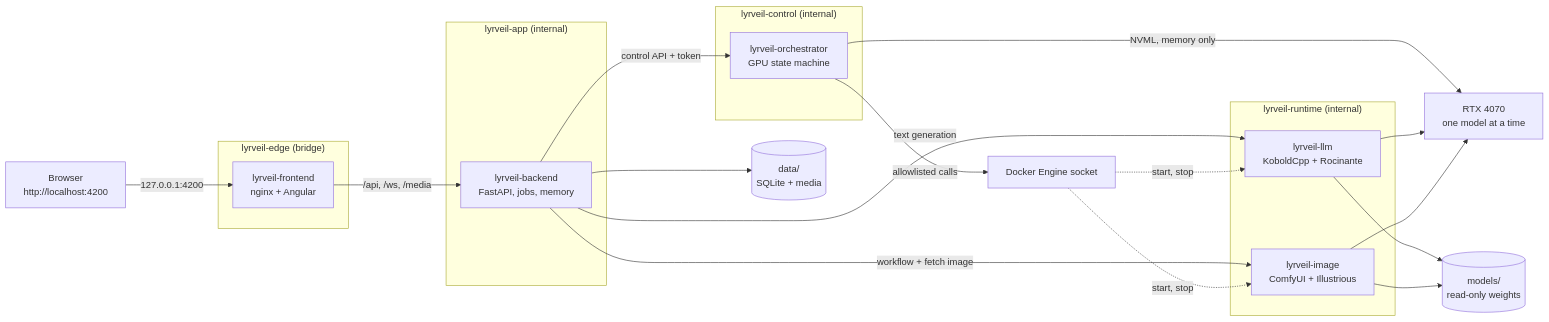
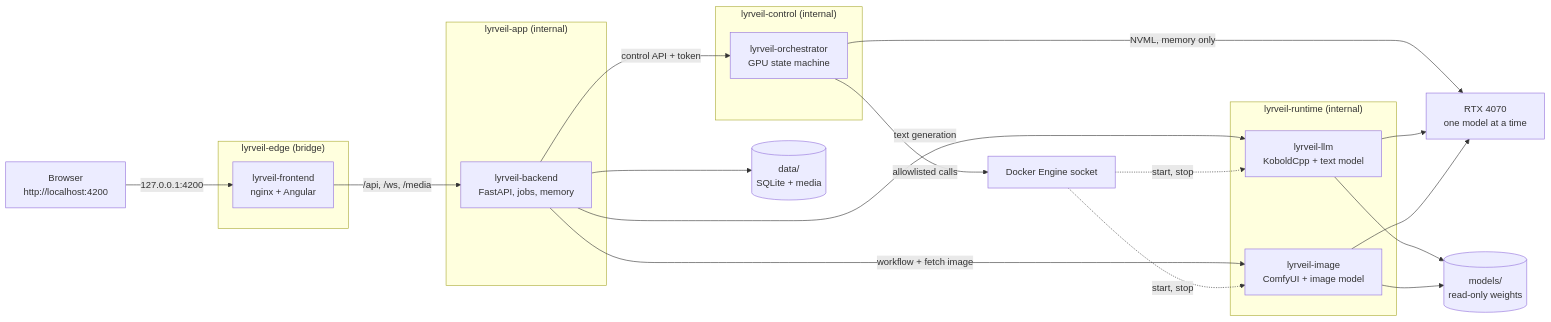
The first of 3 diagrams in docs/architecture.md (AjimuZ/Lyrveil), drawn with Mermaid before and after one commit. The commit also changed other lines of this file and 33 other files, not shown here.

````diff
--- a/docs/architecture.md
+++ b/docs/architecture.md
@@ -11,41 +11,41 @@
 ```mermaid
 flowchart LR
   browser["Browser<br/>http://localhost:4200"]
 
   subgraph edge["lyrveil-edge (bridge)"]
     fe["lyrveil-frontend<br/>nginx + Angular"]
   end
 
   subgraph app["lyrveil-app (internal)"]
     be["lyrveil-backend<br/>FastAPI, jobs, memory"]
   end
 
   subgraph control["lyrveil-control (internal)"]
     orch["lyrveil-orchestrator<br/>GPU state machine"]
   end
 
   subgraph runtime["lyrveil-runtime (internal)"]
-    llm["lyrveil-llm<br/>KoboldCpp + Rocinante"]
-    img["lyrveil-image<br/>ComfyUI + Illustrious"]
+    llm["lyrveil-llm<br/>KoboldCpp + text model"]
+    img["lyrveil-image<br/>ComfyUI + image model"]
   end
 
   db[("data/<br/>SQLite + media")]
   models[("models/<br/>read-only weights")]
   sock["Docker Engine socket"]
   gpu["RTX 4070<br/>one model at a time"]
 
   browser -->|"127.0.0.1:4200"| fe
   fe -->|"/api, /ws, /media"| be
   be --> db
   be -->|"control API + token"| orch
   be -->|"text generation"| llm
   be -->|"workflow + fetch image"| img
   orch -->|"allowlisted calls"| sock
   sock -.->|"start, stop"| llm
   sock -.->|"start, stop"| img
   orch -->|"NVML, memory only"| gpu
   llm --> gpu
   img --> gpu
   llm --> models
   img --> models
 ```
````
